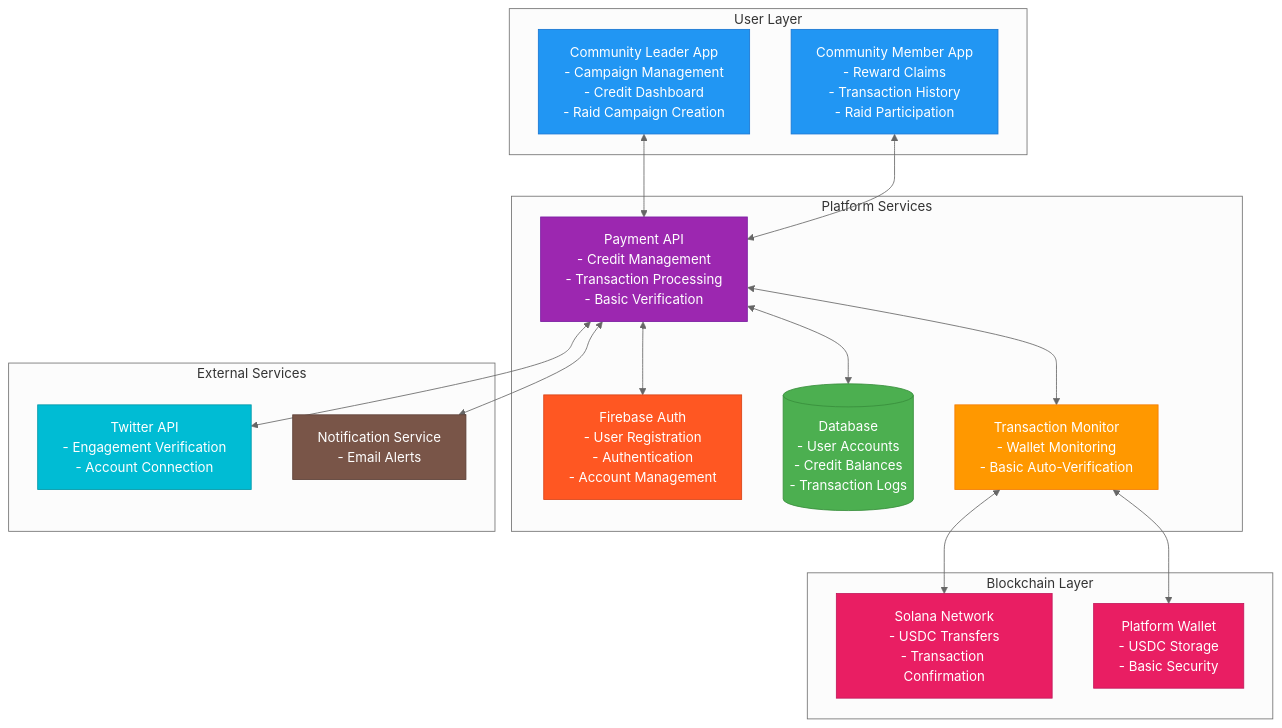
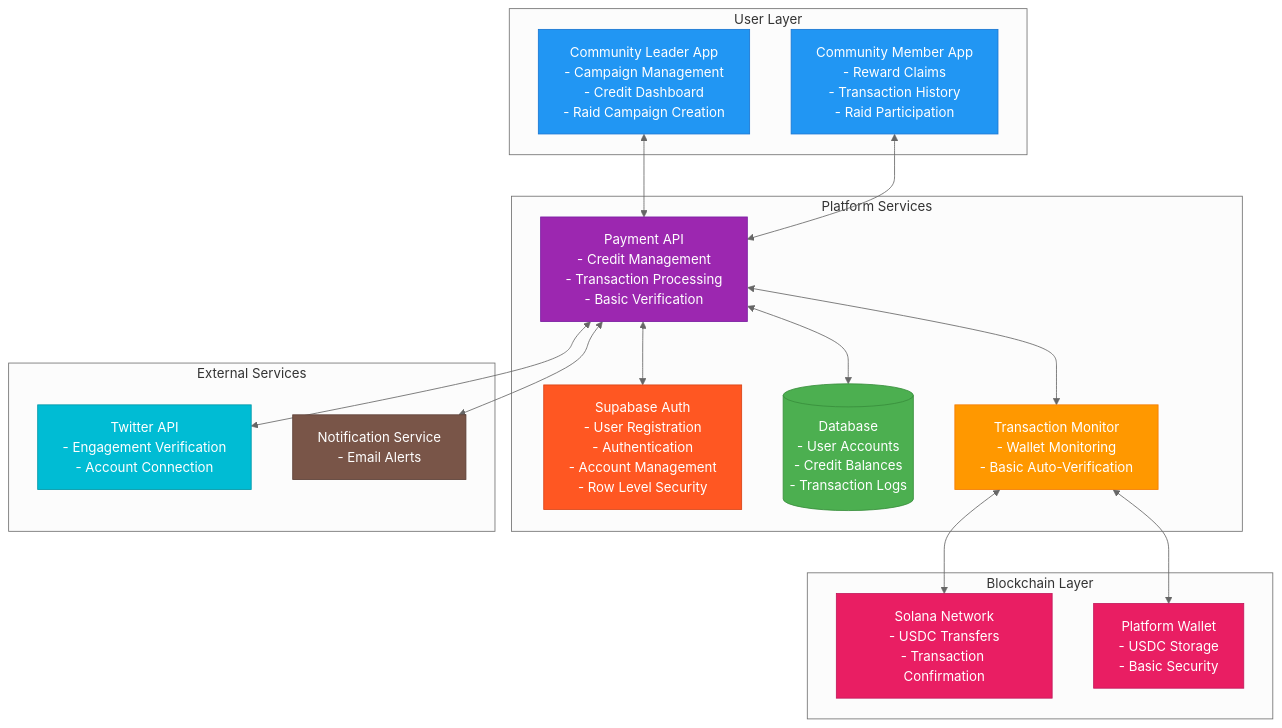
Before and after one commit to ryanlhy/social-media-incentive-app: the first of 5 diagrams in docs/technical/architecture-overview.md, drawn with Mermaid (neutral theme). The commit also changed other lines of this file and 2 other files, not shown here.

Commit message:
use supabase auth

````diff
--- a/docs/technical/architecture-overview.md
+++ b/docs/technical/architecture-overview.md
@@ -25,45 +25,45 @@
 ```mermaid
 graph TB
     subgraph "User Layer"
         CA[Community Leader App<br/>- Campaign Management<br/>- Credit Dashboard<br/>- Raid Campaign Creation]
         PA[Community Member App<br/>- Reward Claims<br/>- Transaction History<br/>- Raid Participation]
     end
     
     subgraph "Platform Services"
         API[Payment API<br/>- Credit Management<br/>- Transaction Processing<br/>- Basic Verification]
-        AUTH[Firebase Auth<br/>- User Registration<br/>- Authentication<br/>- Account Management]
+        AUTH[Supabase Auth<br/>- User Registration<br/>- Authentication<br/>- Account Management<br/>- Row Level Security]
         DB[(Database<br/>- User Accounts<br/>- Credit Balances<br/>- Transaction Logs)]
         MONITOR[Transaction Monitor<br/>- Wallet Monitoring<br/>- Basic Auto-Verification]
     end
     
     subgraph "Blockchain Layer"
         SOL[Solana Network<br/>- USDC Transfers<br/>- Transaction Confirmation]
         WALLET[Platform Wallet<br/>- USDC Storage<br/>- Basic Security]
     end
     
     subgraph "External Services"
         TWITTER[Twitter API<br/>- Engagement Verification<br/>- Account Connection]
         NOTIFY[Notification Service<br/>- Email Alerts]
     end
     
     CA <--> API
     PA <--> API
     API <--> AUTH
     API <--> DB
     API <--> MONITOR
     MONITOR <--> SOL
     MONITOR <--> WALLET
     API <--> TWITTER
     API <--> NOTIFY
     
     style CA fill:#2196f3,stroke:#1976d2,color:#ffffff
     style PA fill:#2196f3,stroke:#1976d2,color:#ffffff
     style API fill:#9c27b0,stroke:#7b1fa2,color:#ffffff
     style AUTH fill:#ff5722,stroke:#d84315,color:#ffffff
     style DB fill:#4caf50,stroke:#388e3c,color:#ffffff
     style MONITOR fill:#ff9800,stroke:#f57c00,color:#ffffff
     style SOL fill:#e91e63,stroke:#c2185b,color:#ffffff
     style WALLET fill:#e91e63,stroke:#c2185b,color:#ffffff
     style TWITTER fill:#00bcd4,stroke:#0097a7,color:#ffffff
     style NOTIFY fill:#795548,stroke:#5d4037,color:#ffffff
 ```
````
